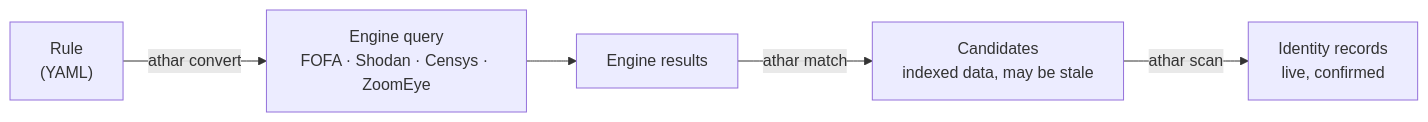
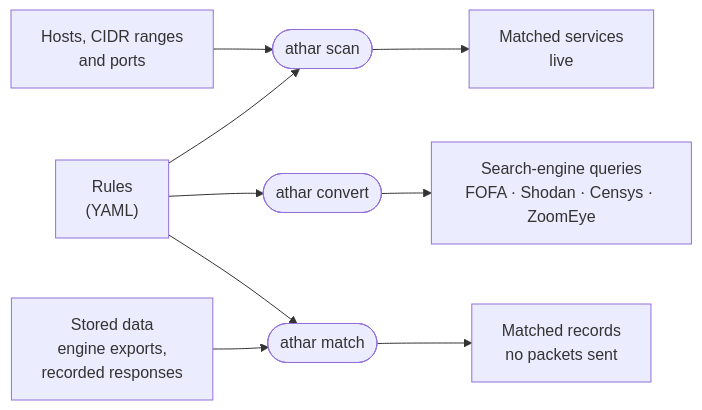
One commit to Athar-HQ/Athar changed the diagram in README.md. Above: the diagram before and after it, drawn with Mermaid. The commit also changed other lines of this file and 3 other files, not shown here.

First line of the commit message:
Show CLI commands as independent and redesign athar scan

````diff
--- a/README.md
+++ b/README.md
@@ -64,7 +66,17 @@
 ```mermaid
 flowchart LR
-  R["Rule<br/>(YAML)"] -->|athar convert| Q["Engine query<br/>FOFA · Shodan · Censys · ZoomEye"]
-  Q --> X["Engine results"]
-  X -->|athar match| C["Candidates<br/>indexed data, may be stale"]
-  C -->|athar scan| I["Identity records<br/>live, confirmed"]
+  R["Rules<br/>(YAML)"]
+  T["Hosts, CIDR ranges<br/>and ports"]
+  D["Stored data<br/>engine exports,<br/>recorded responses"]
+
+  R --> S(["athar scan"])
+  T --> S
+  S --> SO["Matched services<br/>live"]
+
+  R --> C(["athar convert"])
+  C --> CO["Search-engine queries<br/>FOFA · Shodan · Censys · ZoomEye"]
+
+  R --> M(["athar match"])
+  D --> M
+  M --> MO["Matched records<br/>no packets sent"]
 ```
````
